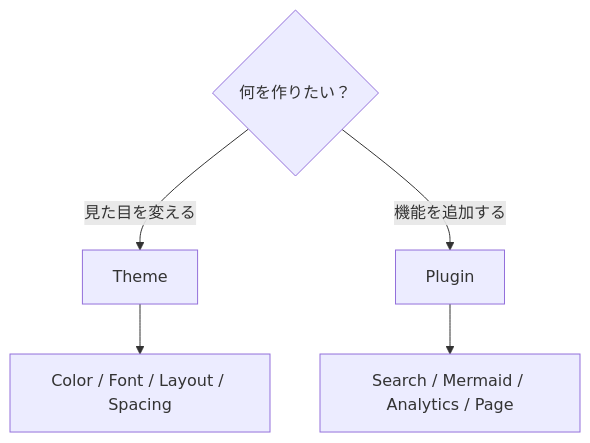
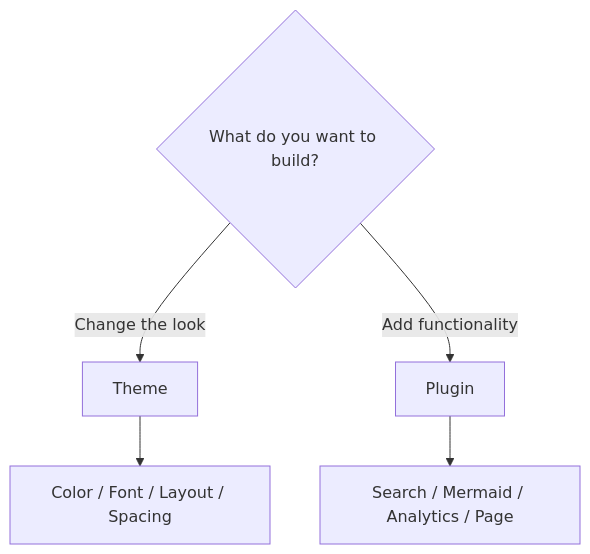
Before and after one commit to Rerurate514/riebeckite: the first of 6 diagrams in docs/docs/themes/writing-a-theme.md, drawn with Mermaid. The commit also changed other lines of this file and 604 other files, not shown here.

````diff
--- a/docs/docs/themes/writing-a-theme.md
+++ b/docs/docs/themes/writing-a-theme.md
@@ -19,10 +5,10 @@
-```mermaid id="kmfyjs"
+```mermaid
 flowchart TD
-    Want{"何を作りたい？"}
+    Want{"What do you want to build?"}
 
-    Want -->|"見た目を変える"| Theme["Theme"]
-    Want -->|"機能を追加する"| Plugin["Plugin"]
+    Want -->|"Change the look"| Theme["Theme"]
+    Want -->|"Add functionality"| Plugin["Plugin"]
 
     Theme --> Visual["Color / Font / Layout / Spacing"]
     Plugin --> Feature["Search / Mermaid / Analytics / Page"]
 ```
````
